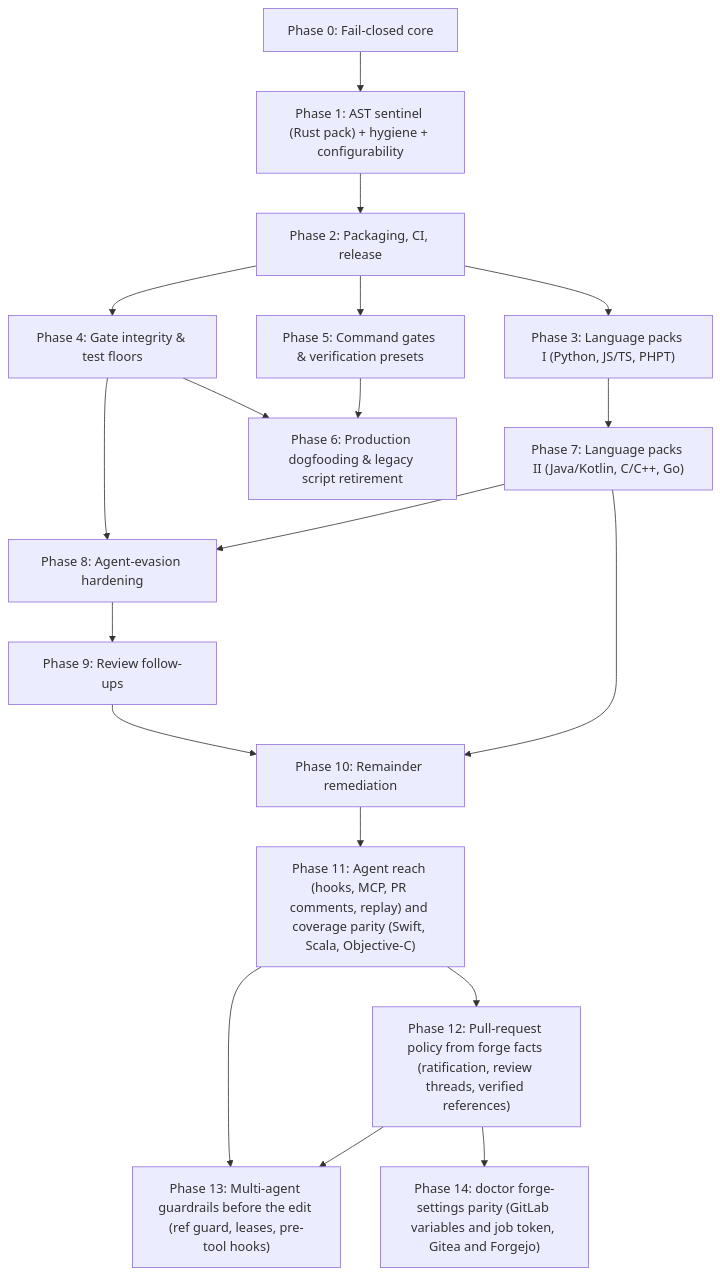
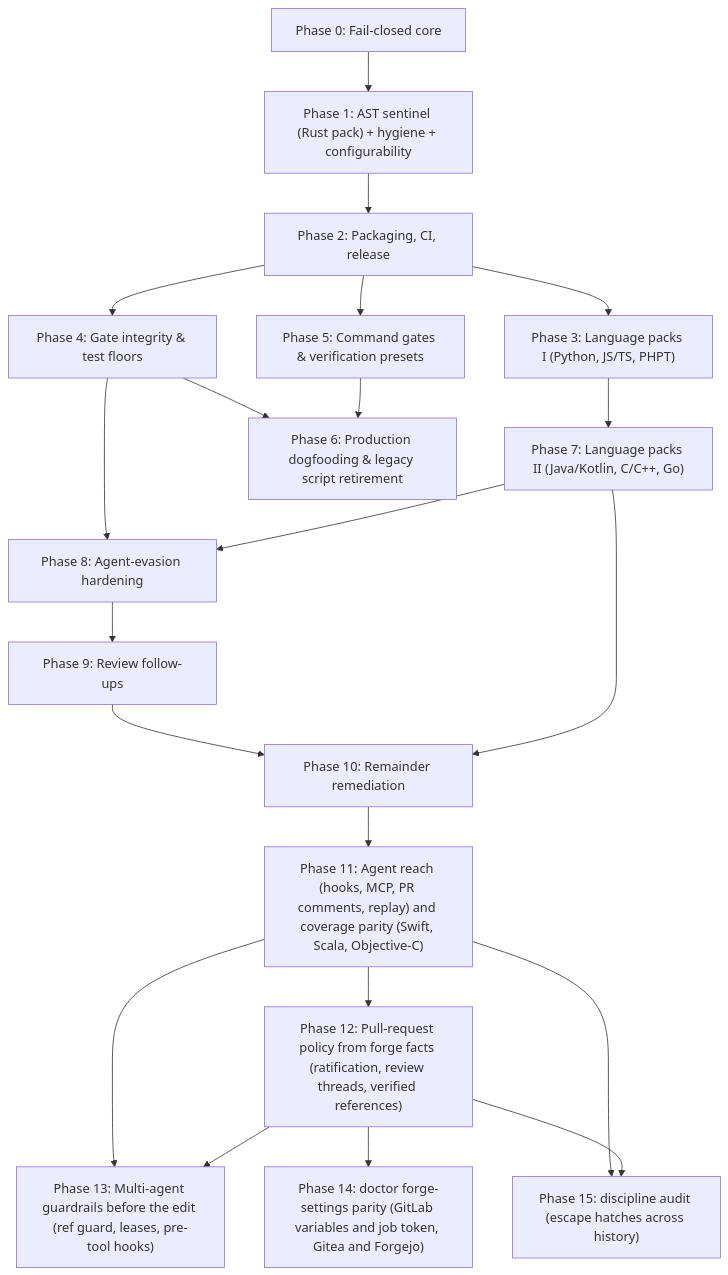
The diagram in docs/ROADMAP.md (orieg/discipline), drawn with Mermaid before and after one commit. The commit also changed other lines of this file, not shown here.

First line of the commit message:
docs(roadmap): add Phase 15, discipline audit of escape hatches across history

````diff
--- a/docs/ROADMAP.md
+++ b/docs/ROADMAP.md
@@ -17,21 +17,23 @@
 ```mermaid
 flowchart TD
     P0["Phase 0: Fail-closed core"] --> P1["Phase 1: AST sentinel (Rust pack) + hygiene + configurability"]
     P1 --> P2["Phase 2: Packaging, CI, release"]
     P2 --> P3["Phase 3: Language packs I (Python, JS/TS, PHPT)"]
     P2 --> P4["Phase 4: Gate integrity & test floors"]
     P2 --> P5["Phase 5: Command gates & verification presets"]
     P3 --> P7["Phase 7: Language packs II (Java/Kotlin, C/C++, Go)"]
     P4 --> P6["Phase 6: Production dogfooding & legacy script retirement"]
     P5 --> P6
     P4 --> P8["Phase 8: Agent-evasion hardening"]
     P8 --> P9["Phase 9: Review follow-ups"]
     P9 --> P10["Phase 10: Remainder remediation"]
     P7 --> P10
     P10 --> P11["Phase 11: Agent reach (hooks, MCP, PR comments, replay) and coverage parity (Swift, Scala, Objective-C)"]
     P7 --> P8
     P11 --> P12["Phase 12: Pull-request policy from forge facts (ratification, review threads, verified references)"]
     P11 --> P13["Phase 13: Multi-agent guardrails before the edit (ref guard, leases, pre-tool hooks)"]
     P12 --> P13
     P12 --> P14["Phase 14: doctor forge-settings parity (GitLab variables and job token, Gitea and Forgejo)"]
+    P11 --> P15["Phase 15: discipline audit (escape hatches across history)"]
+    P12 --> P15
 ```
````
